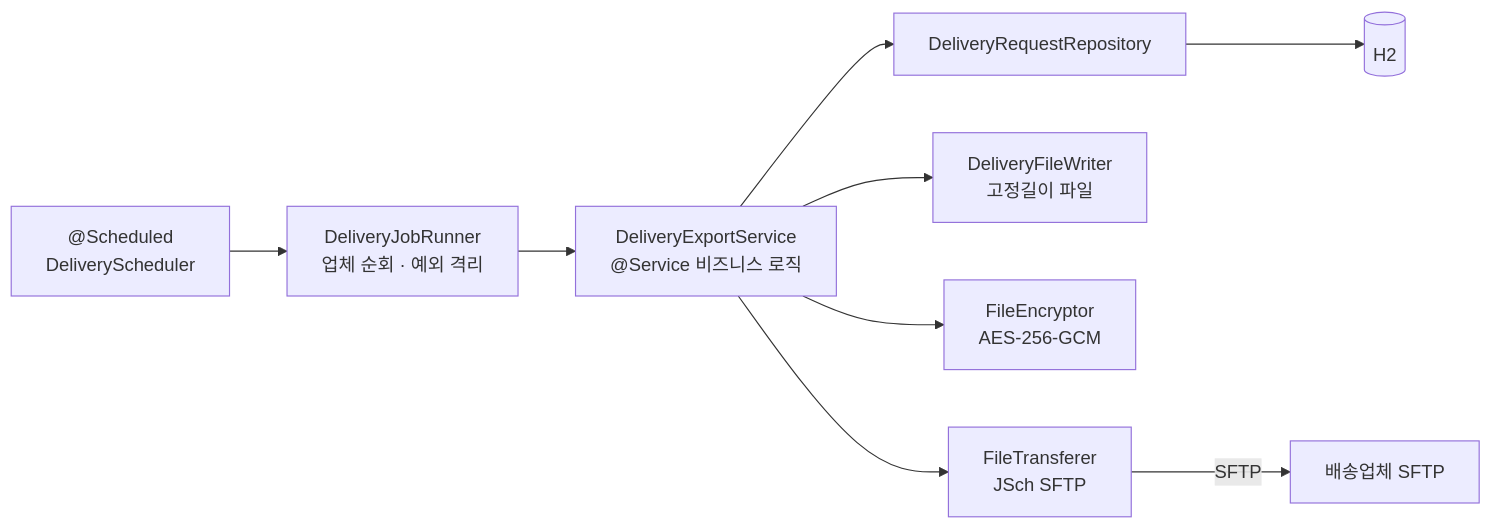
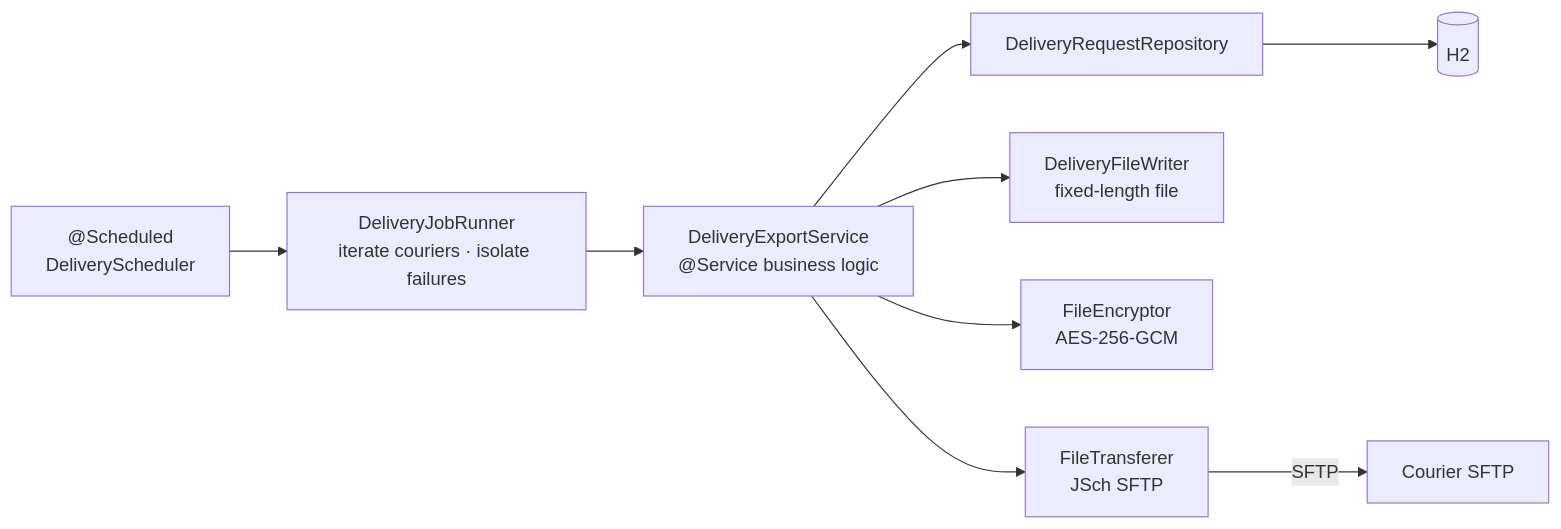
One commit to hyunolike/spring-boot-sftp-batch-poc changed the diagram in README.md. Above: the diagram before and after it, drawn with Mermaid. The commit also changed other lines of this file and 3 other files, not shown here.

````diff
--- a/README.md
+++ b/README.md
@@ -177,9 +182,9 @@
 ```mermaid
 flowchart LR
-    SCHED["@Scheduled<br/>DeliveryScheduler"] --> RUNNER["DeliveryJobRunner<br/>업체 순회 · 예외 격리"]
-    RUNNER --> APP["DeliveryExportService<br/>@Service 비즈니스 로직"]
+    SCHED["@Scheduled<br/>DeliveryScheduler"] --> RUNNER["DeliveryJobRunner<br/>iterate couriers · isolate failures"]
+    RUNNER --> APP["DeliveryExportService<br/>@Service business logic"]
     APP --> REPO["DeliveryRequestRepository"] --> DB[(H2)]
-    APP --> WRITER["DeliveryFileWriter<br/>고정길이 파일"]
+    APP --> WRITER["DeliveryFileWriter<br/>fixed-length file"]
     APP --> ENC["FileEncryptor<br/>AES-256-GCM"]
-    APP --> TRANS["FileTransferer<br/>JSch SFTP"] -->|"SFTP"| SFTP["배송업체 SFTP"]
+    APP --> TRANS["FileTransferer<br/>JSch SFTP"] -->|"SFTP"| SFTP["Courier SFTP"]
 ```
````
